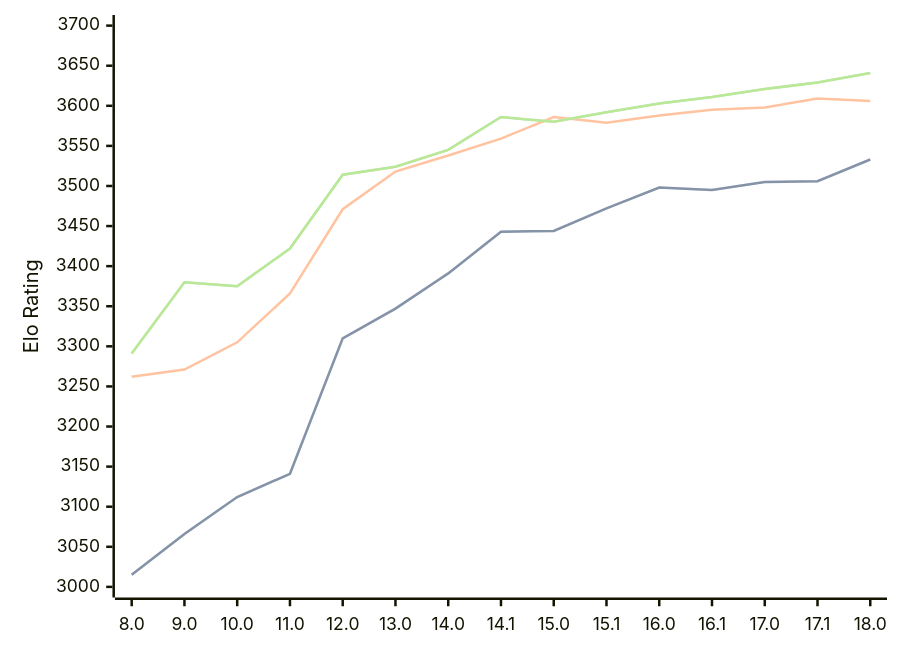
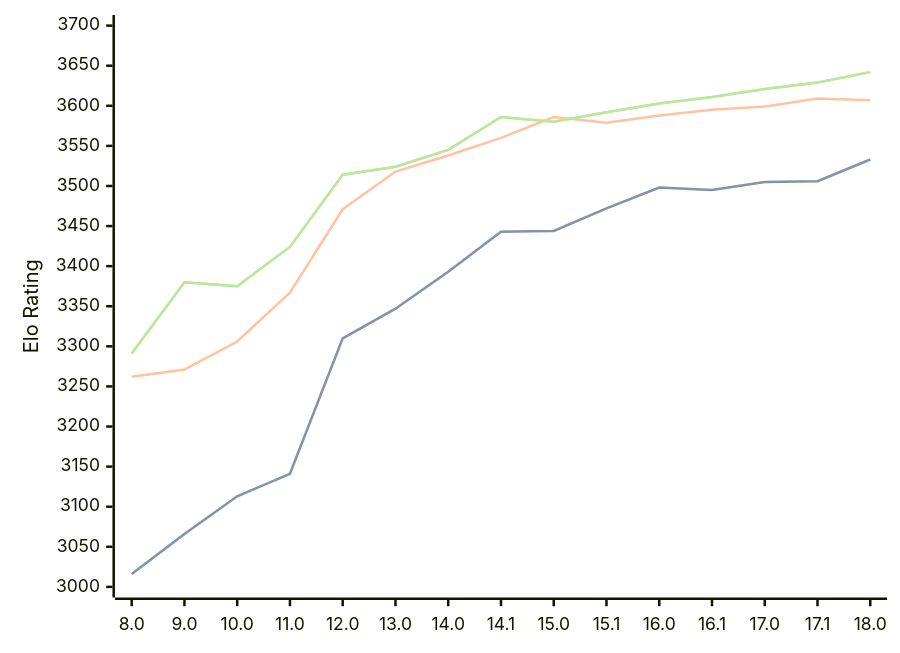
The diagram in engines/Stockfish.md (computer-chess-index/cci), drawn with Mermaid before and after one commit. The commit also changed other lines of this file, not shown here.

Commit message:
Update CCI Ratings (ELO VLTC) - 2026-04-02

````diff
--- a/engines/Stockfish.md
+++ b/engines/Stockfish.md
@@ -46,11 +46,11 @@
 ```mermaid
 %%{init: {"theme":"base","themeVariables":{"seriesColors:['#a3a3a3','#222221','#faa371']}}}%%
 xychart-beta
   x-axis ["8.0", "9.0", "10.0", "11.0", "12.0", "13.0", "14.0", "14.1", "15.0", "15.1", "16.0", "16.1", "17.0", "17.1", "18.0"]
   y-axis "Elo Rating" 3000 --> 3700
-  line "STC (8.0+0.08s)" [3015, 3066, 3112, 3141, 3310, 3347, 3391, 3443, 3444, 3472, 3498, 3495, 3505, 3506, 3533]
-  line "STC (8.0+0.08s)" [3015, 3066, 3112, 3141, 3310, 3347, 3391, 3443, 3444, 3472, 3498, 3495, 3505, 3506, 3533]
-  line "LTC (60.0+0.60s)" [3262, 3271, 3305, 3366, 3471, 3518, 3538, 3559, 3586, 3579, 3588, 3595, 3598, 3609, 3606]
-  line "VLTC (2m24s+1.12s)" [3291, 3380, 3375, 3422, 3514, 3524, 3545, 3586, 3580, 3592, 3603, 3611, 3621, 3629, 3641]
-  line "VLTC (2m24s+1.12s)" [3291, 3380, 3375, 3422, 3514, 3524, 3545, 3586, 3580, 3592, 3603, 3611, 3621, 3629, 3641]
+  line "STC (8.0+0.08s)" [3016, 3066, 3113, 3141, 3310, 3347, 3393, 3443, 3444, 3472, 3498, 3495, 3505, 3506, 3533]
+  line "STC (8.0+0.08s)" [3016, 3066, 3113, 3141, 3310, 3347, 3393, 3443, 3444, 3472, 3498, 3495, 3505, 3506, 3533]
+  line "LTC (60.0+0.60s)" [3262, 3271, 3306, 3367, 3471, 3518, 3538, 3560, 3586, 3579, 3588, 3595, 3599, 3609, 3607]
+  line "VLTC (2m24s+1.12s)" [3291, 3380, 3375, 3424, 3514, 3524, 3545, 3586, 3580, 3592, 3603, 3611, 3621, 3629, 3642]
+  line "VLTC (2m24s+1.12s)" [3291, 3380, 3375, 3424, 3514, 3524, 3545, 3586, 3580, 3592, 3603, 3611, 3621, 3629, 3642]
 ```
````
